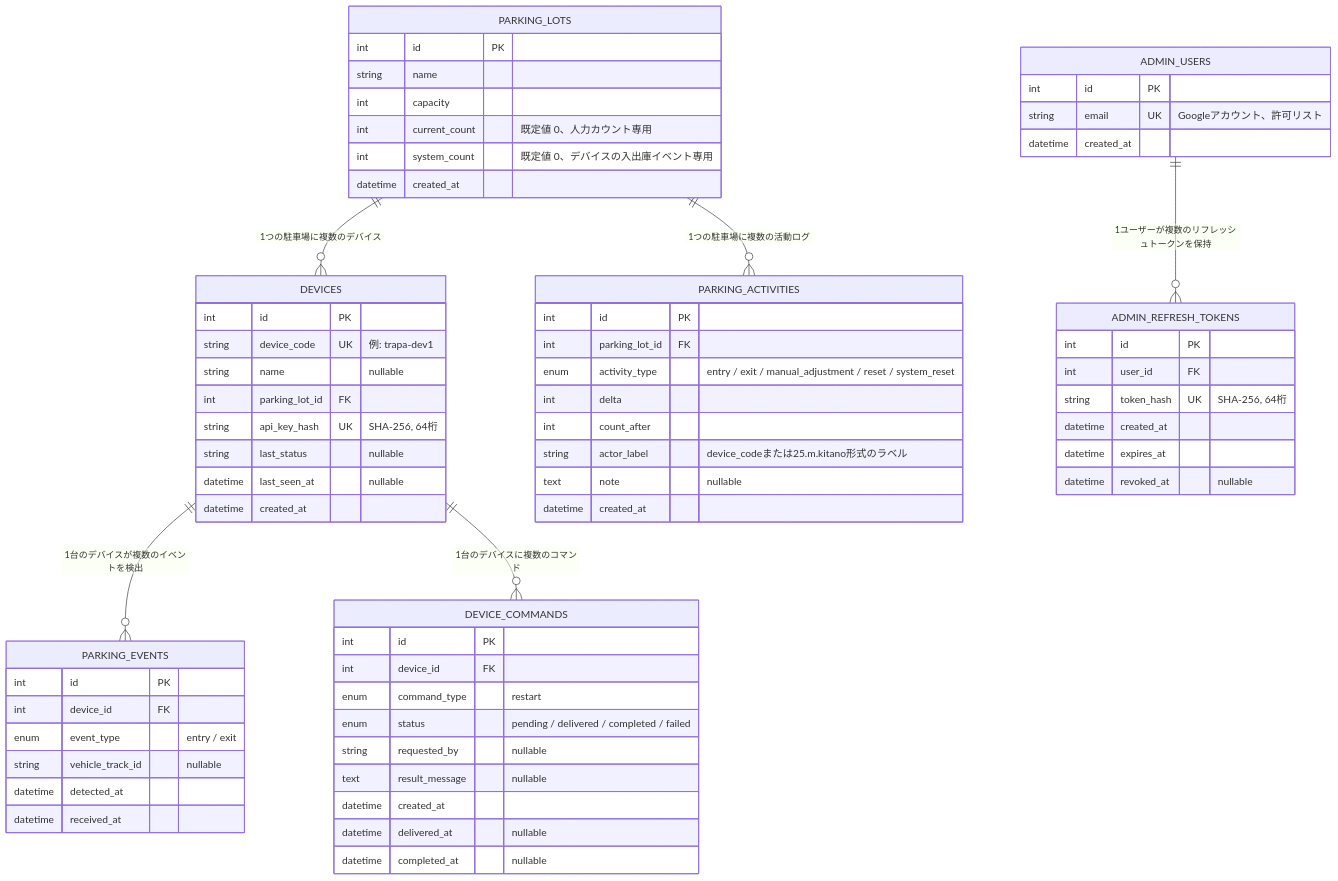
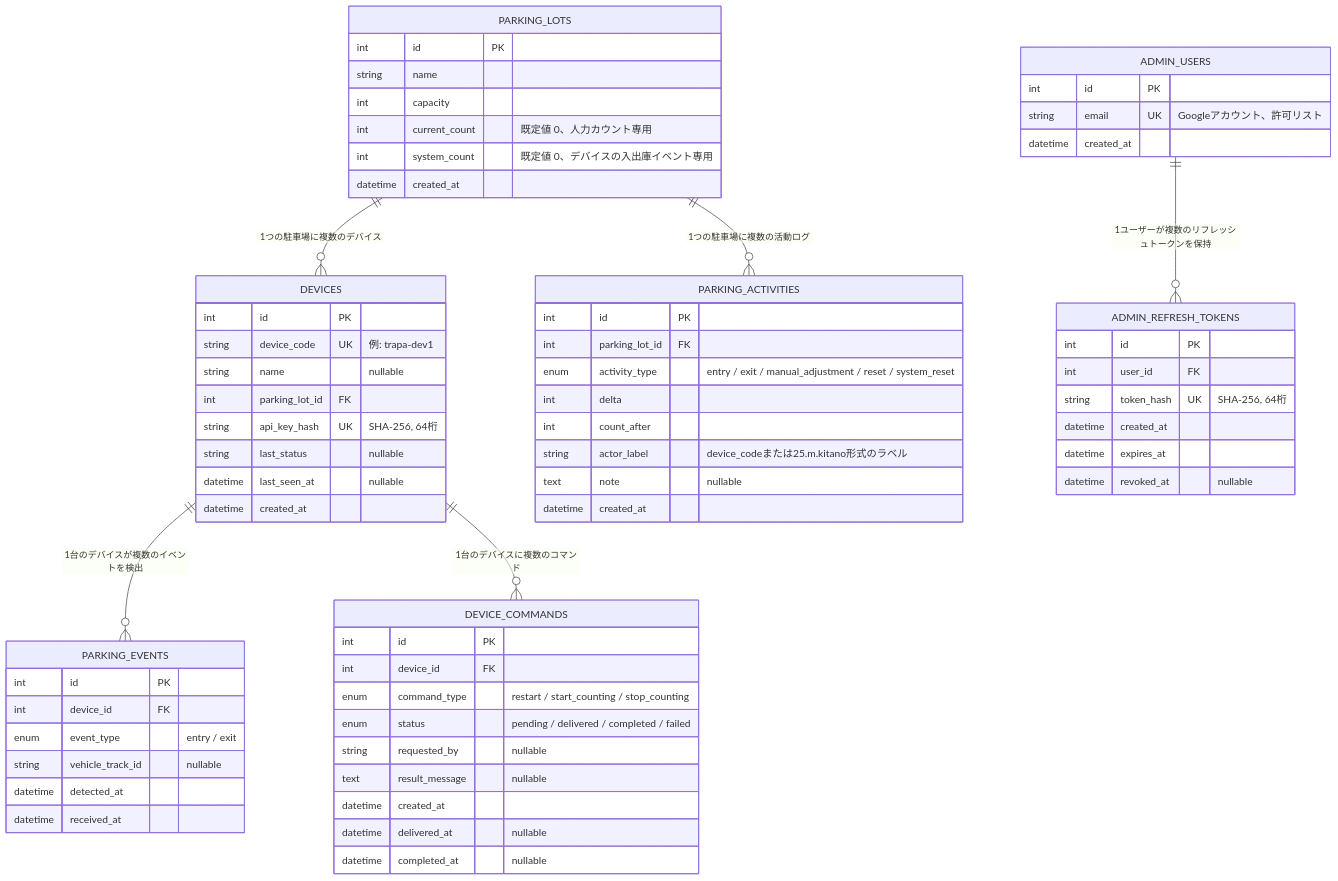
The diagram in docs/db-schema.md (NUTFes/tracking-parking-api), drawn with Mermaid before and after one commit. The commit also changed other lines of this file and 6 other files, not shown here.

First line of the commit message:
Add start_counting/stop_counting device commands

````diff
--- a/docs/db-schema.md
+++ b/docs/db-schema.md
@@ -9,69 +9,69 @@
 ```mermaid
 erDiagram
     PARKING_LOTS ||--o{ DEVICES : "1つの駐車場に複数のデバイス"
     PARKING_LOTS ||--o{ PARKING_ACTIVITIES : "1つの駐車場に複数の活動ログ"
     DEVICES ||--o{ PARKING_EVENTS : "1台のデバイスが複数のイベントを検出"
     DEVICES ||--o{ DEVICE_COMMANDS : "1台のデバイスに複数のコマンド"
     ADMIN_USERS ||--o{ ADMIN_REFRESH_TOKENS : "1ユーザーが複数のリフレッシュトークンを保持"
 
     PARKING_LOTS {
         int id PK
         string name
         int capacity
         int current_count "既定値 0、人力カウント専用"
         int system_count "既定値 0、デバイスの入出庫イベント専用"
         datetime created_at
     }
     DEVICES {
         int id PK
         string device_code UK "例: trapa-dev1"
         string name "nullable"
         int parking_lot_id FK
         string api_key_hash UK "SHA-256, 64桁"
         string last_status "nullable"
         datetime last_seen_at "nullable"
         datetime created_at
     }
     PARKING_EVENTS {
         int id PK
         int device_id FK
         enum event_type "entry / exit"
         string vehicle_track_id "nullable"
         datetime detected_at
         datetime received_at
     }
     DEVICE_COMMANDS {
         int id PK
         int device_id FK
-        enum command_type "restart"
+        enum command_type "restart / start_counting / stop_counting"
         enum status "pending / delivered / completed / failed"
         string requested_by "nullable"
         text result_message "nullable"
         datetime created_at
         datetime delivered_at "nullable"
         datetime completed_at "nullable"
     }
     PARKING_ACTIVITIES {
         int id PK
         int parking_lot_id FK
         enum activity_type "entry / exit / manual_adjustment / reset / system_reset"
         int delta
         int count_after
         string actor_label "device_codeまたは25.m.kitano形式のラベル"
         text note "nullable"
         datetime created_at
     }
     ADMIN_USERS {
         int id PK
         string email UK "Googleアカウント、許可リスト"
         datetime created_at
     }
     ADMIN_REFRESH_TOKENS {
         int id PK
         int user_id FK
         string token_hash UK "SHA-256, 64桁"
         datetime created_at
         datetime expires_at
         datetime revoked_at "nullable"
     }
 ```
````
